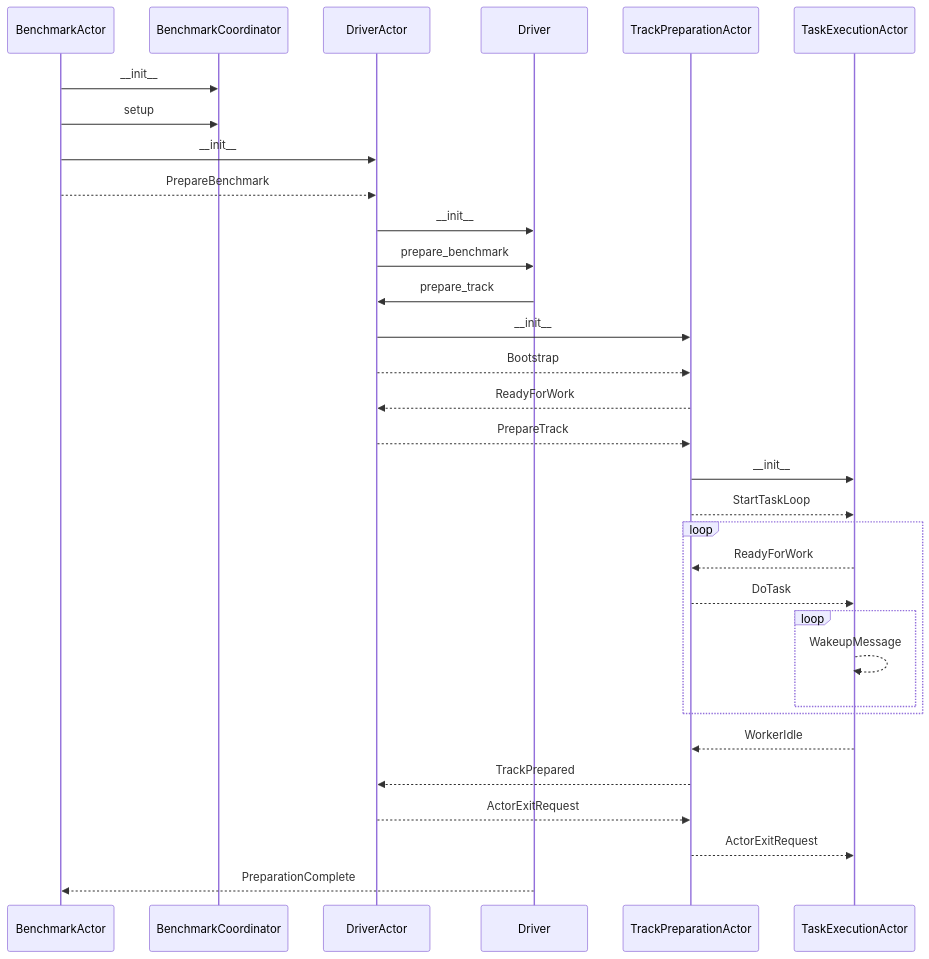
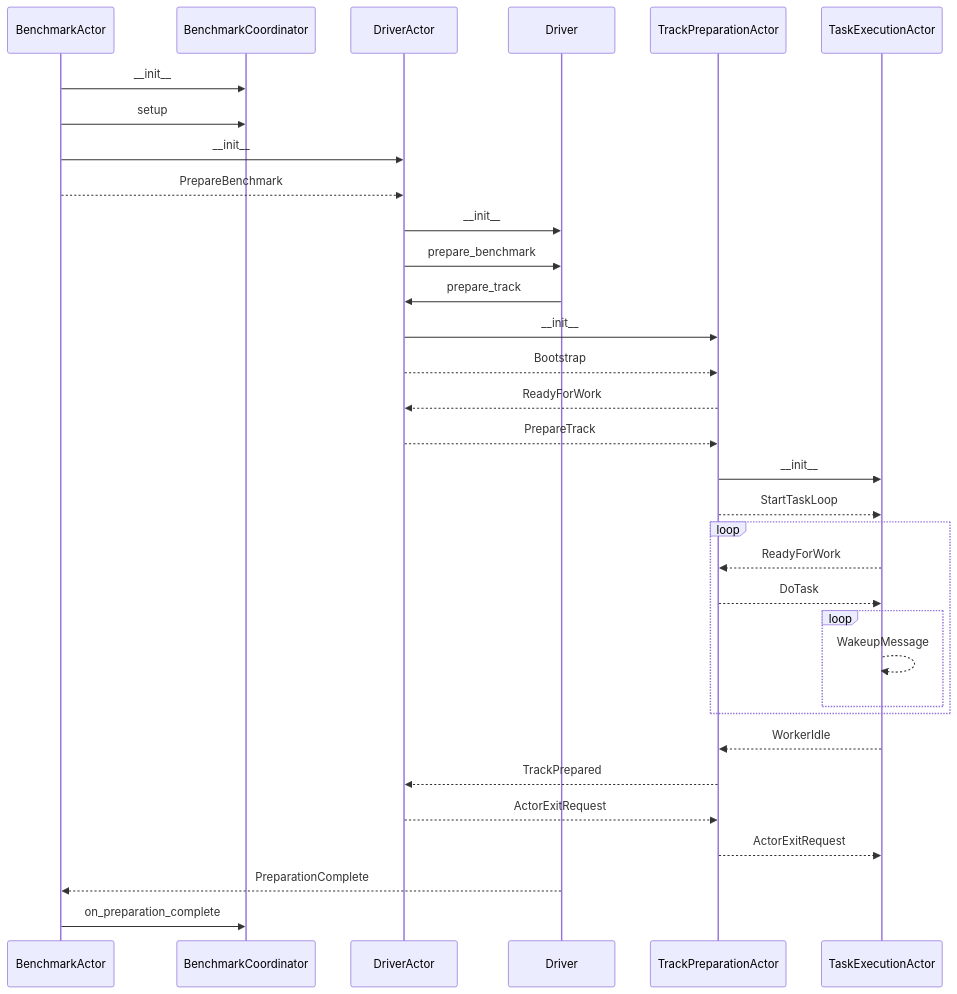
One commit to elastic/rally changed the first of 2 diagrams in docs/architecture/actor_system.md. Above: the diagram before and after it, drawn with Mermaid. The commit also changed other lines of this file, not shown here.

Commit message:
Add missing BenchmarkCoordinator methods

````diff
--- a/docs/architecture/actor_system.md
+++ b/docs/architecture/actor_system.md
@@ -59,28 +59,29 @@
 ```mermaid
 sequenceDiagram
     BenchmarkActor ->> BenchmarkCoordinator: __init__
     BenchmarkActor ->> BenchmarkCoordinator: setup
     BenchmarkActor ->> DriverActor: __init__
     BenchmarkActor -->> DriverActor: PrepareBenchmark
     DriverActor ->> Driver: __init__
     DriverActor ->> Driver: prepare_benchmark
     Driver ->> DriverActor: prepare_track
     DriverActor ->> TrackPreparationActor: __init__
     DriverActor -->> TrackPreparationActor: Bootstrap
     TrackPreparationActor -->> DriverActor: ReadyForWork
     DriverActor -->> TrackPreparationActor: PrepareTrack
     TrackPreparationActor ->> TaskExecutionActor: __init__
     TrackPreparationActor -->> TaskExecutionActor: StartTaskLoop
     loop
         TaskExecutionActor -->> TrackPreparationActor: ReadyForWork
         TrackPreparationActor -->> TaskExecutionActor: DoTask
         loop
             TaskExecutionActor -->> TaskExecutionActor: WakeupMessage
         end
     end
     TaskExecutionActor -->> TrackPreparationActor: WorkerIdle
     TrackPreparationActor -->> DriverActor: TrackPrepared
     DriverActor -->> TrackPreparationActor: ActorExitRequest
     TrackPreparationActor -->> TaskExecutionActor: ActorExitRequest
     Driver -->> BenchmarkActor: PreparationComplete
+    BenchmarkActor ->> BenchmarkCoordinator: on_preparation_complete
 ```
````
